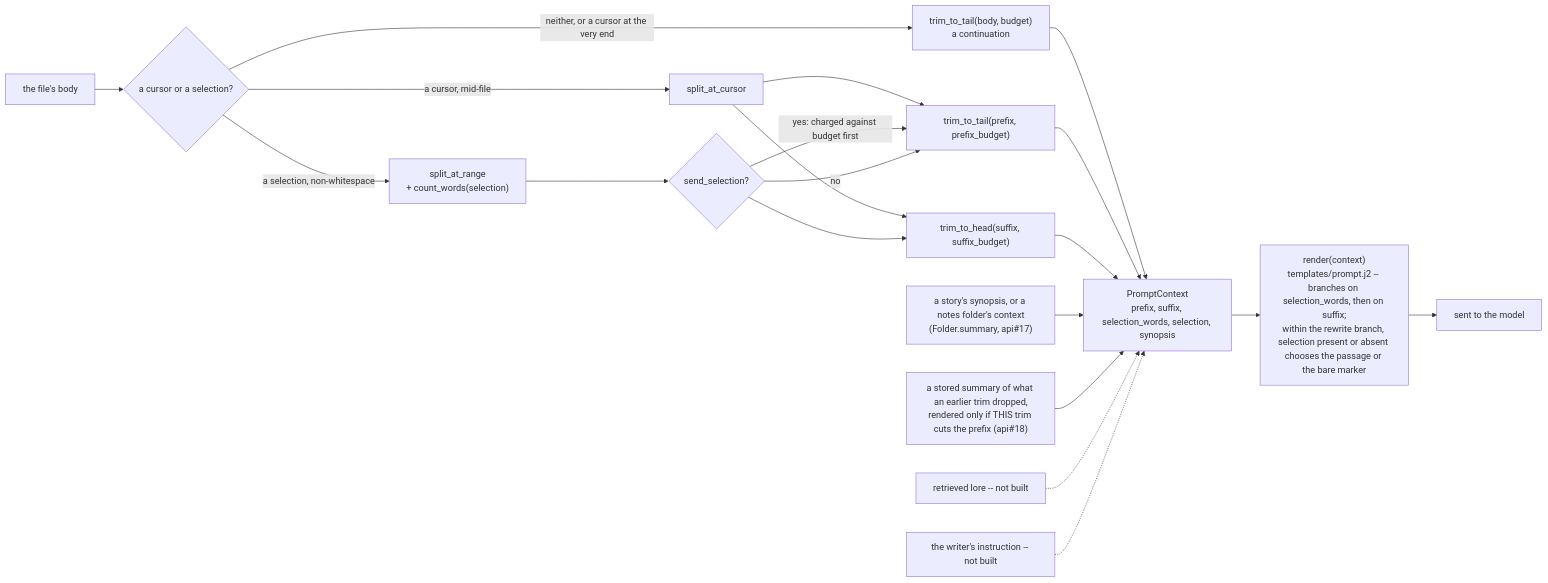
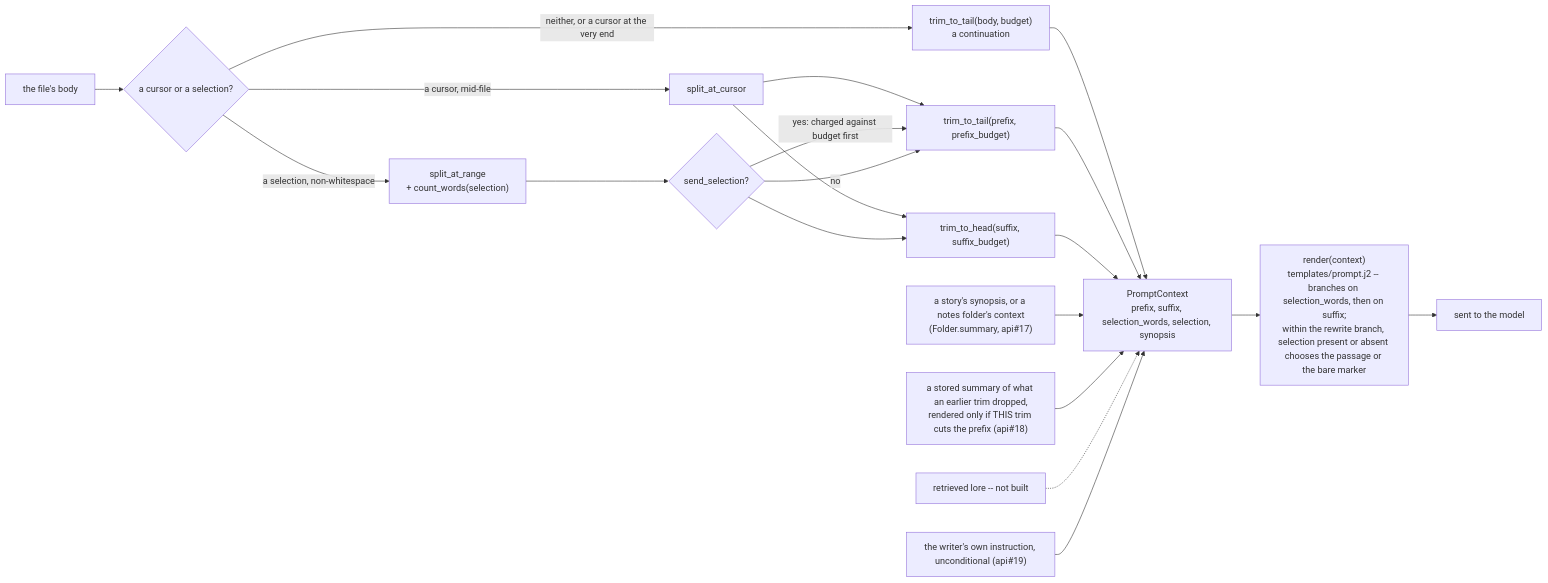
One commit to InkSpireEditor/inkspire-api changed the second of 2 diagrams in docs/prompt.md. Above: the diagram before and after it, drawn with Mermaid. The commit also changed other lines of this file and 8 other files, not shown here.

First line of the commit message:
Let the writer steer one generation with a short instruction (api#19)

````diff
--- a/docs/prompt.md
+++ b/docs/prompt.md
@@ -43,23 +43,23 @@
 ```mermaid
 flowchart LR
     B["the file's body"] --> X{"a cursor or a selection?"}
     X -->|neither, or a cursor at the very end| T["trim_to_tail(body, budget)<br/>a continuation"]
     X -->|a cursor, mid-file| P["split_at_cursor"]
     X -->|a selection, non-whitespace| S["split_at_range<br/>+ count_words(selection)"]
     P --> TP["trim_to_tail(prefix, prefix_budget)"]
     P --> TS["trim_to_head(suffix, suffix_budget)"]
     S --> PB{"send_selection?"}
     PB -->|"yes: charged against budget first"| TP
     PB -->|"no"| TP
     PB --> TS
     T --> C["PromptContext<br/>prefix, suffix, selection_words, selection, synopsis"]
     TP --> C
     TS --> C
     C --> R["render(context)<br/>templates/prompt.j2 -- branches on selection_words, then on suffix;<br/>within the rewrite branch, selection present or absent chooses the passage or the bare marker"]
     R --> M["sent to the model"]
 
     Y["a story's synopsis, or a notes folder's context<br/>(Folder.summary, api#17)"] --> C
     Z["a stored summary of what an earlier trim dropped,<br/>rendered only if THIS trim cuts the prefix (api#18)"] --> C
     L["retrieved lore -- not built"] -.-> C
-    I["the writer's instruction -- not built"] -.-> C
+    I["the writer's own instruction, unconditional (api#19)"] --> C
 ```
````
